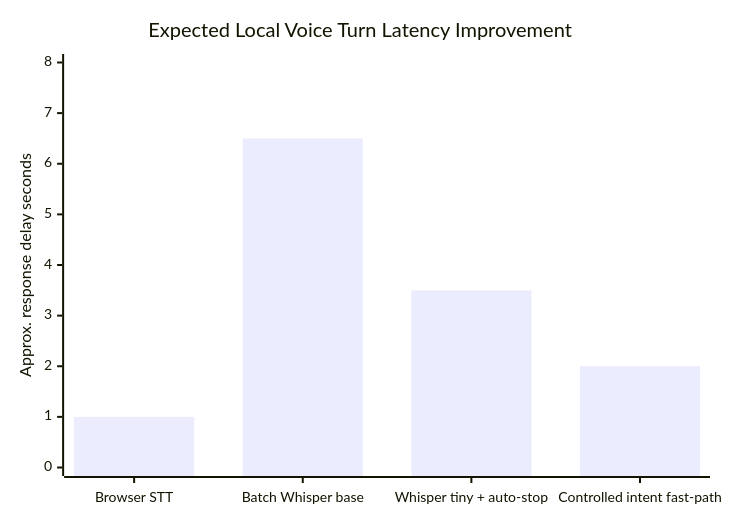
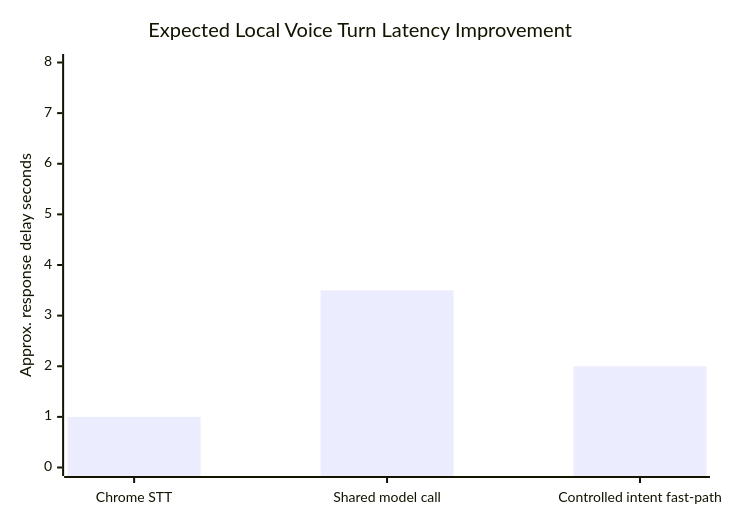
The fifth of 5 diagrams in readme.md (Payoshnee/DyslexiaLearn), drawn with Mermaid before and after one commit. The commit also changed other lines of this file and 11 other files, not shown here.

````diff
--- a/readme.md
+++ b/readme.md
@@ -427,7 +419,7 @@
 ```mermaid
 xychart-beta
   title "Expected Local Voice Turn Latency Improvement"
-  x-axis ["Browser STT", "Batch Whisper base", "Whisper tiny + auto-stop", "Controlled intent fast-path"]
+  x-axis ["Chrome STT", "Shared model call", "Controlled intent fast-path"]
   y-axis "Approx. response delay seconds" 0 --> 8
-  bar [1.0, 6.5, 3.5, 2.0]
+  bar [1.0, 3.5, 2.0]
 ```
````
